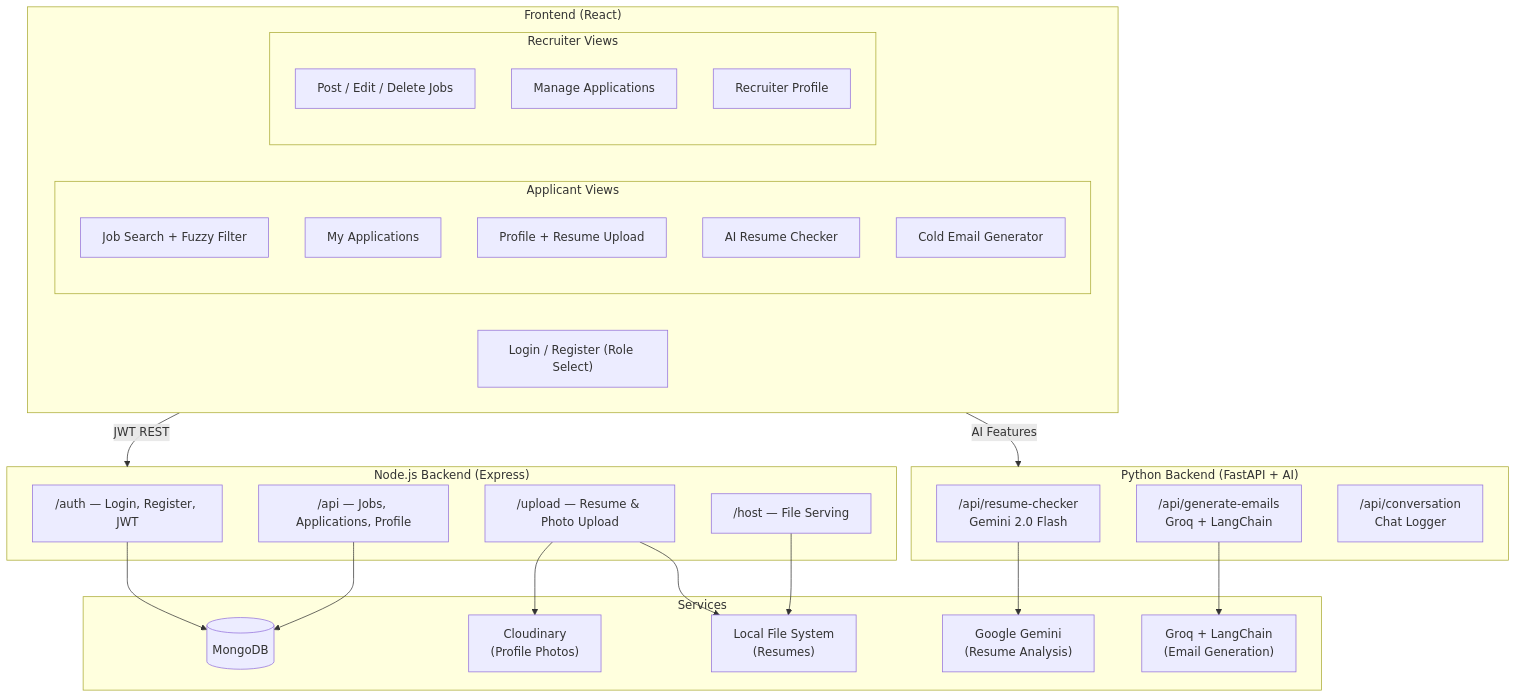
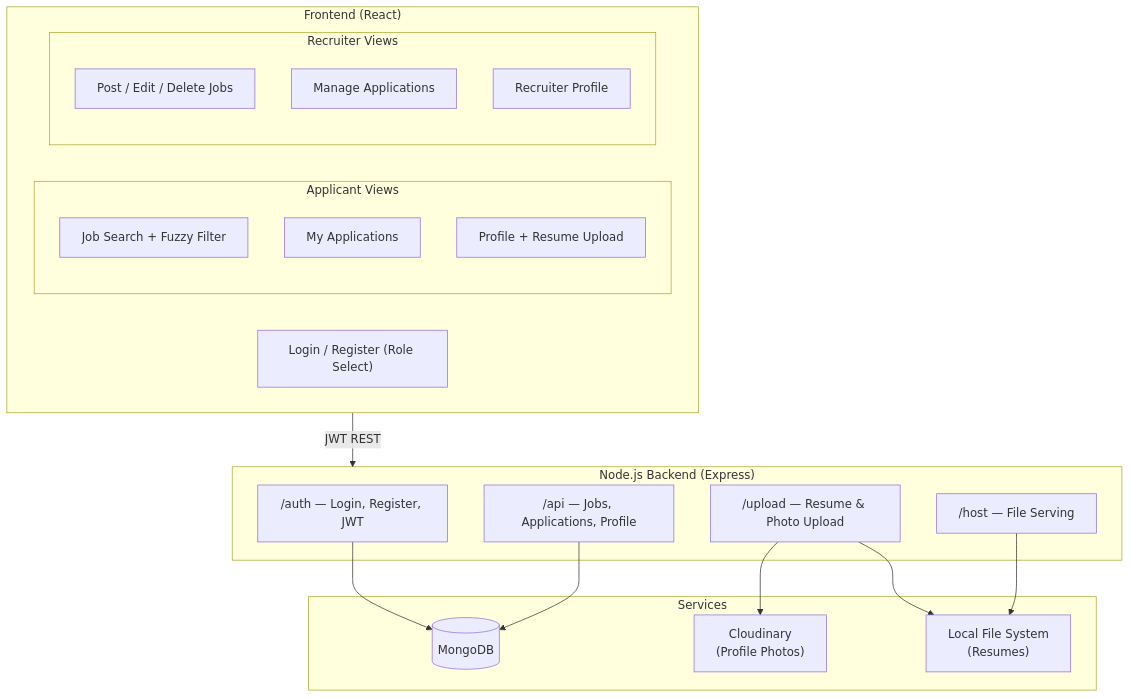
Before and after one commit to VIVPM/job-portal: the diagram in README.md, drawn with Mermaid. The commit also changed other lines of this file, not shown here.

````diff
--- a/README.md
+++ b/README.md
@@ -9,49 +9,37 @@
 ```mermaid
 graph TB
     subgraph Frontend["Frontend (React)"]
         Auth["Login / Register (Role Select)"]
         subgraph ApplicantViews["Applicant Views"]
             JobSearch["Job Search + Fuzzy Filter"]
             Applications["My Applications"]
             ApplicantProfile["Profile + Resume Upload"]
-            ResumeChecker["AI Resume Checker"]
-            EmailGen["Cold Email Generator"]
         end
         subgraph RecruiterViews["Recruiter Views"]
             PostJob["Post / Edit / Delete Jobs"]
             ManageApps["Manage Applications"]
             RecruiterProfile["Recruiter Profile"]
         end
     end
 
     subgraph NodeBackend["Node.js Backend (Express)"]
         AuthAPI["/auth — Login, Register, JWT"]
         MainAPI["/api — Jobs, Applications, Profile"]
         UploadAPI["/upload — Resume & Photo Upload"]
         DownloadAPI["/host — File Serving"]
     end
 
-    subgraph PythonBackend["Python Backend (FastAPI + AI)"]
-        ResumeAPI["/api/resume-checker\nGemini 2.0 Flash"]
-        EmailAPI["/api/generate-emails\nGroq + LangChain"]
-        ConvAPI["/api/conversation\nChat Logger"]
-    end
 
     subgraph Services["Services"]
         MongoDB[("MongoDB")]
         Cloudinary["Cloudinary\n(Profile Photos)"]
         LocalFS["Local File System\n(Resumes)"]
-        Gemini["Google Gemini\n(Resume Analysis)"]
-        Groq["Groq + LangChain\n(Email Generation)"]
     end
 
     Frontend -->|JWT REST| NodeBackend
-    Frontend -->|AI Features| PythonBackend
     AuthAPI --> MongoDB
     MainAPI --> MongoDB
     UploadAPI --> Cloudinary
     UploadAPI --> LocalFS
     DownloadAPI --> LocalFS
-    ResumeAPI --> Gemini
-    EmailAPI --> Groq
 ```
````
